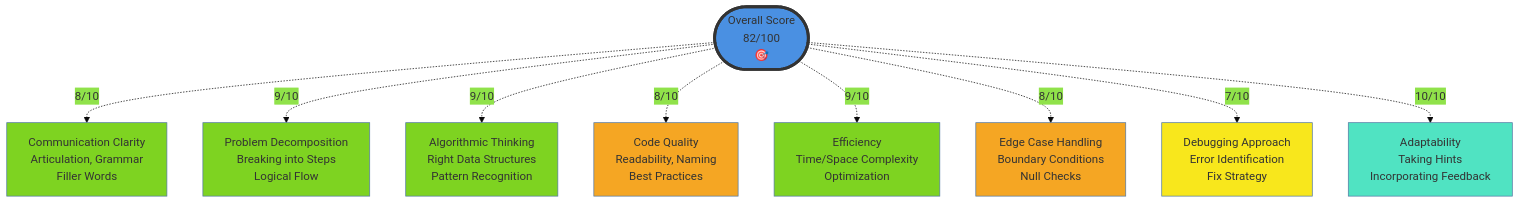
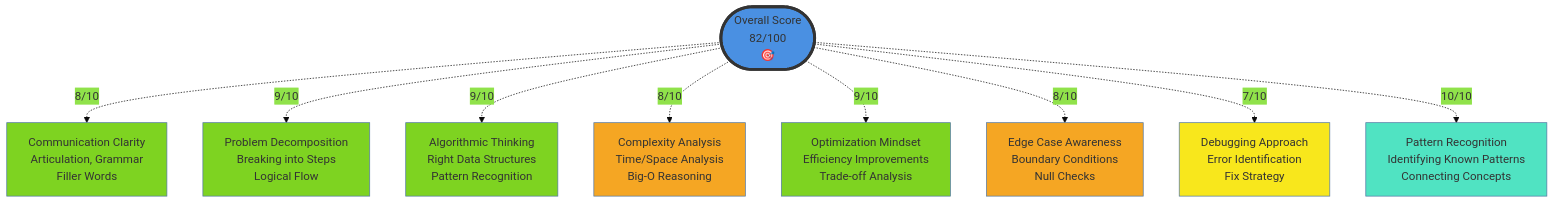
The third of 6 diagrams in Algomind.md (ANIRUDDH-001/algomind), drawn with Mermaid before and after one commit. The commit also changed other lines of this file and 1 other file, not shown here.

````diff
--- a/Algomind.md
+++ b/Algomind.md
@@ -604,24 +1044,24 @@
 ```mermaid
 %%{init: {'theme':'base', 'themeVariables': { 'primaryColor':'#4A90E2'}}}%%
 graph TD
     Center([Overall Score<br/>82/100<br/>🎯])
-    
+
     Center -.->|8/10| Comm[Communication Clarity<br/>Articulation, Grammar<br/>Filler Words]
     Center -.->|9/10| Decomp[Problem Decomposition<br/>Breaking into Steps<br/>Logical Flow]
     Center -.->|9/10| Algo[Algorithmic Thinking<br/>Right Data Structures<br/>Pattern Recognition]
-    Center -.->|8/10| Quality[Code Quality<br/>Readability, Naming<br/>Best Practices]
-    Center -.->|9/10| Efficiency[Efficiency<br/>Time/Space Complexity<br/>Optimization]
-    Center -.->|8/10| EdgeCase[Edge Case Handling<br/>Boundary Conditions<br/>Null Checks]
+    Center -.->|8/10| Quality[Complexity Analysis<br/>Time/Space Analysis<br/>Big-O Reasoning]
+    Center -.->|9/10| Efficiency[Optimization Mindset<br/>Efficiency Improvements<br/>Trade-off Analysis]
+    Center -.->|8/10| EdgeCase[Edge Case Awareness<br/>Boundary Conditions<br/>Null Checks]
     Center -.->|7/10| Debug[Debugging Approach<br/>Error Identification<br/>Fix Strategy]
-    Center -.->|10/10| Adapt[Adaptability<br/>Taking Hints<br/>Incorporating Feedback]
-    
+    Center -.->|10/10| Adapt[Pattern Recognition<br/>Identifying Known Patterns<br/>Connecting Concepts]
+
     style Center fill:#4A90E2,stroke:#333,stroke-width:4px
     style Comm fill:#7ED321
     style Decomp fill:#7ED321
     style Algo fill:#7ED321
     style Quality fill:#F5A623
     style Efficiency fill:#7ED321
     style EdgeCase fill:#F5A623
     style Debug fill:#F8E71C
     style Adapt fill:#50E3C2
 ```
````
